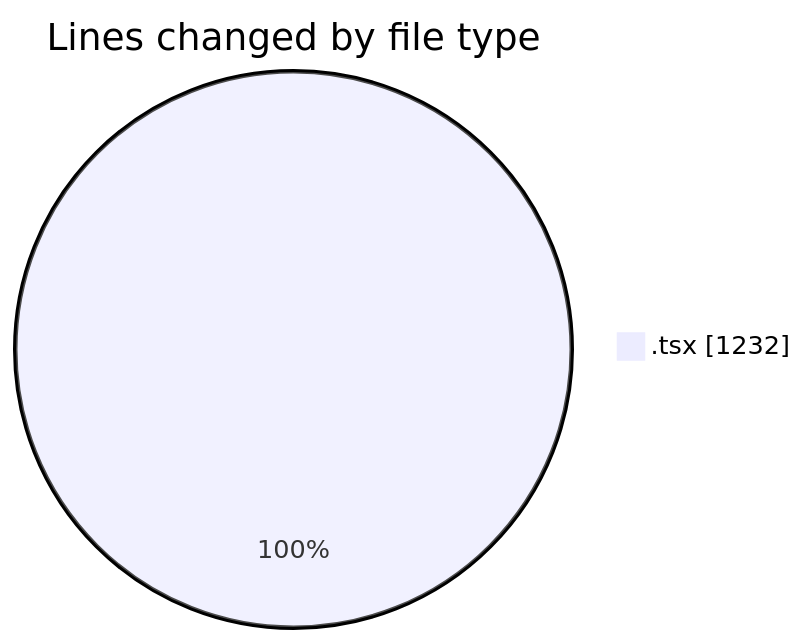
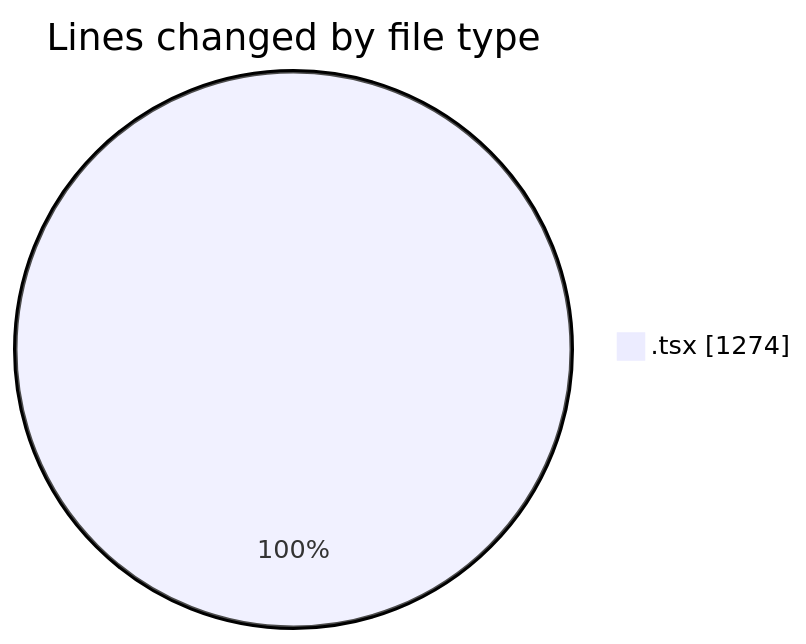
One commit to nxtqubesakshisongat/code-tracking changed the first of 2 diagrams in 2026-02-03/nxtqube_webapp/README.md. Above: the diagram before and after it, drawn with Mermaid. The commit also changed other lines of this file and 1 other file, not shown here.

````diff
--- a/2026-02-03/nxtqube_webapp/README.md
+++ b/2026-02-03/nxtqube_webapp/README.md
@@ -20,5 +20,5 @@
 ```mermaid
 pie showData
 title Lines changed by file type
-".tsx" : 1232
+".tsx" : 1274
 ```
````
